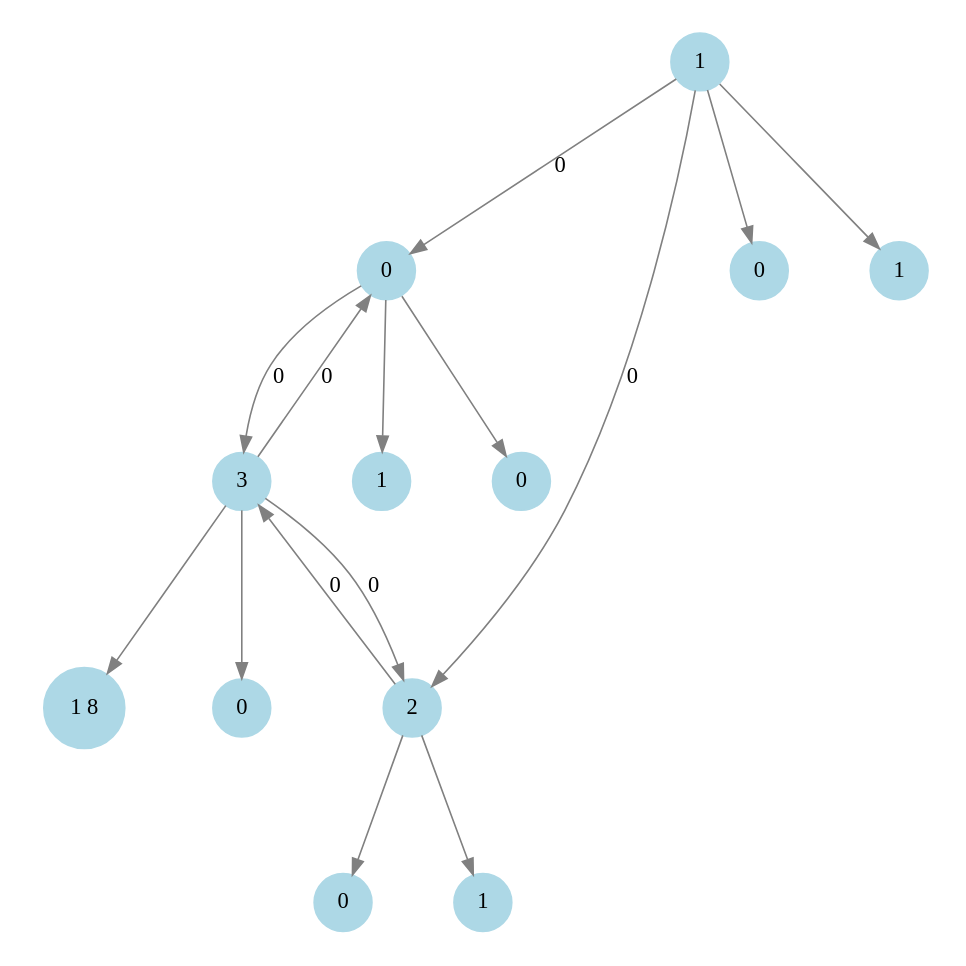
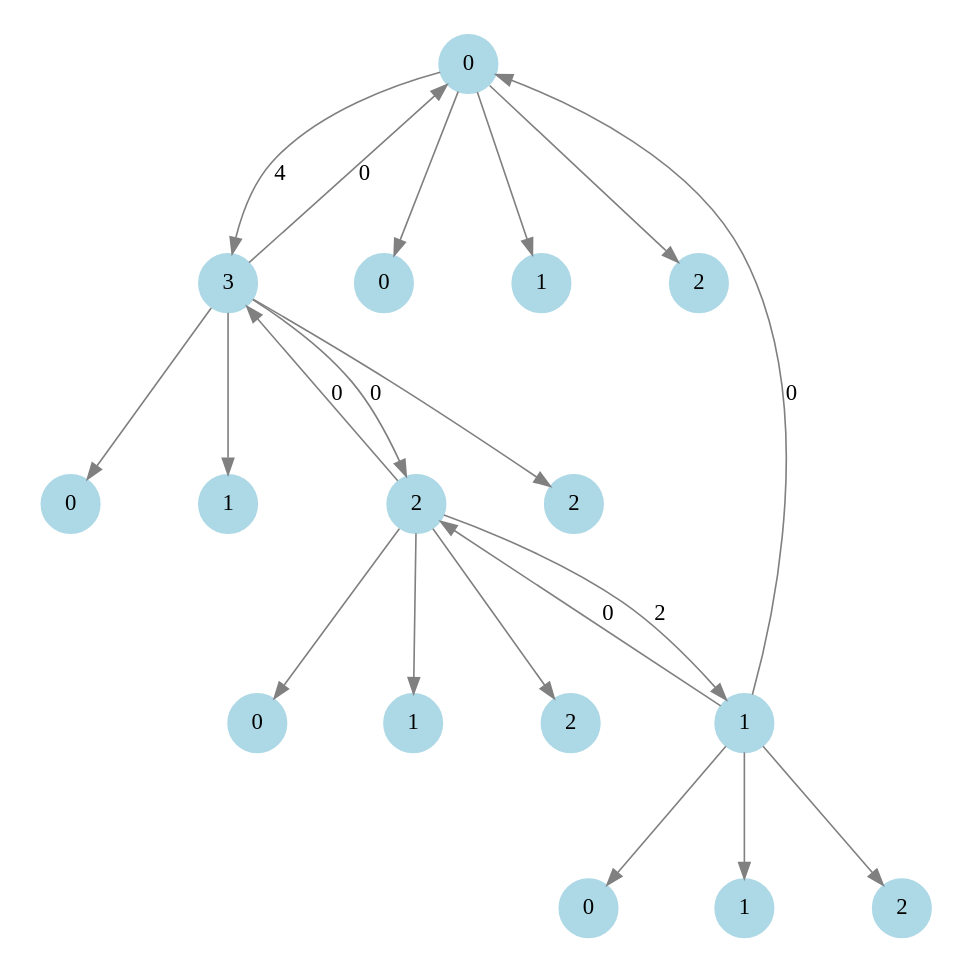
The diagram in Trabajo_Final/src/grafo.dot (Fede108/Algoritmos-y-estructura-de-Datos), drawn with Graphviz before and after one commit. The commit also changed 6 other files, not shown here.

```diff
--- a/Trabajo_Final/src/grafo.dot
+++ b/Trabajo_Final/src/grafo.dot
@@ -1,28 +1,37 @@
 digraph G {
     node [shape=circle, style=filled, color=lightblue];
     edge [color=gray, penwidth=1];
     size="8,8";
     ratio="fill";
-    0 -> 3 [label="0"];
+    0 -> 3 [label="4"];
     0 -> 00;
     00 [label="0"];
     0 -> 10;
     10 [label="1"];
+    0 -> 20;
+    20 [label="2"];
     1 -> 0 [label="0"];
     1 -> 2 [label="0"];
     1 -> 01;
     01 [label="0"];
     1 -> 11;
     11 [label="1"];
+    1 -> 21;
+    21 [label="2"];
+    2 -> 1 [label="2"];
     2 -> 3 [label="0"];
     2 -> 02;
     02 [label="0"];
     2 -> 12;
     12 [label="1"];
+    2 -> 22;
+    22 [label="2"];
     3 -> 0 [label="0"];
     3 -> 2 [label="0"];
     3 -> 03;
     03 [label="0"];
     3 -> 13;
-    13 [label="1 8"];
+    13 [label="1"];
+    3 -> 23;
+    23 [label="2"];
 }
```
